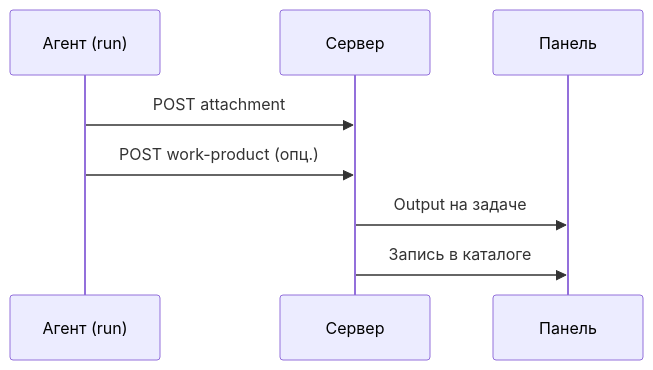
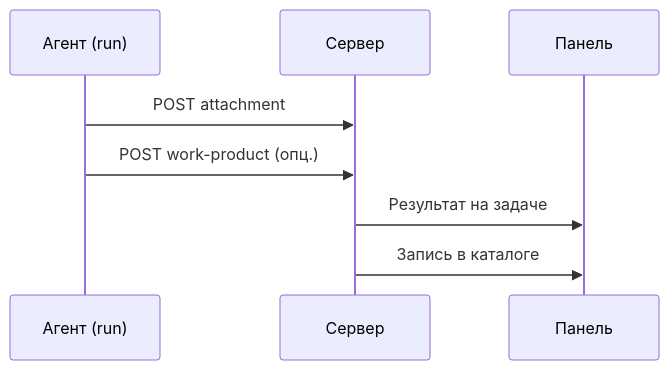
The diagram in docs/artifacts/agent-upload.md (Dmitriion/datagent-docs), drawn with Mermaid before and after one commit. The commit also changed other lines of this file and 5 other files, not shown here.

````diff
--- a/docs/artifacts/agent-upload.md
+++ b/docs/artifacts/agent-upload.md
@@ -22,10 +32,10 @@
 ```mermaid
 sequenceDiagram
   participant A as Агент (run)
   participant S as Сервер
   participant B as Панель
   A->>S: POST attachment
   A->>S: POST work-product (опц.)
-  S->>B: Output на задаче
+  S->>B: Результат на задаче
   S->>B: Запись в каталоге
 ```
````
